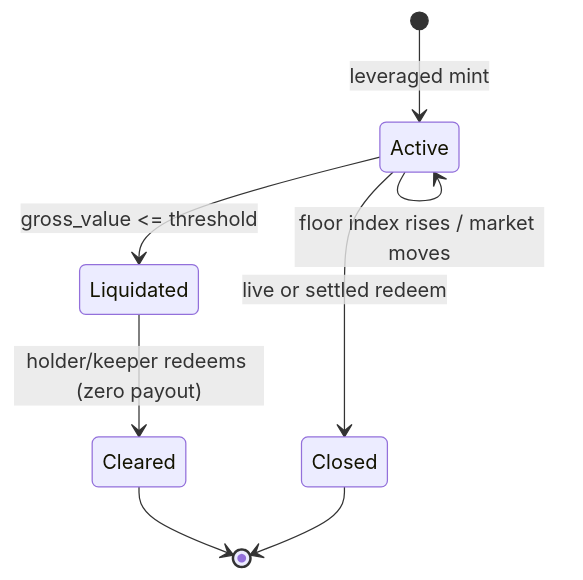
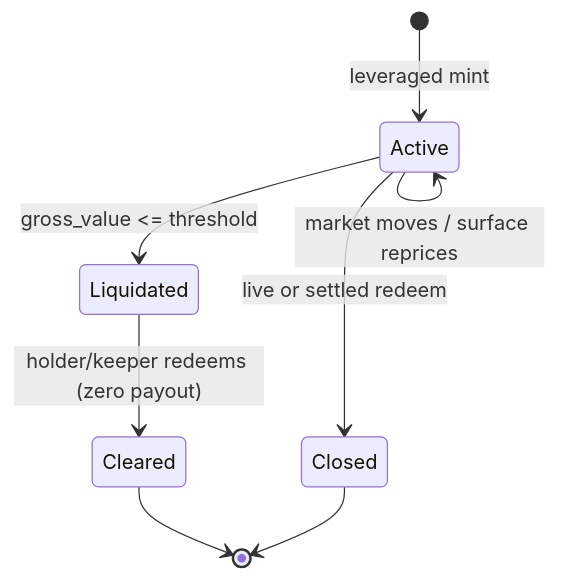
One commit to MystenLabs/deepbookv3 changed the diagram in packages/predict/docs/concepts/liquidation.md. Above: the diagram before and after it, drawn with Mermaid. The commit also changed other lines of this file and 26 other files, not shown here.

````diff
--- a/packages/predict/docs/concepts/liquidation.md
+++ b/packages/predict/docs/concepts/liquidation.md
@@ -41,10 +41,10 @@
 ```mermaid
 stateDiagram-v2
     [*] --> Active: leveraged mint
-    Active --> Active: floor index rises / market moves
+    Active --> Active: market moves / surface reprices
     Active --> Liquidated: gross_value <= threshold
     Liquidated --> Cleared: holder/keeper redeems (zero payout)
     Active --> Closed: live or settled redeem
     Cleared --> [*]
     Closed --> [*]
 ```
````
